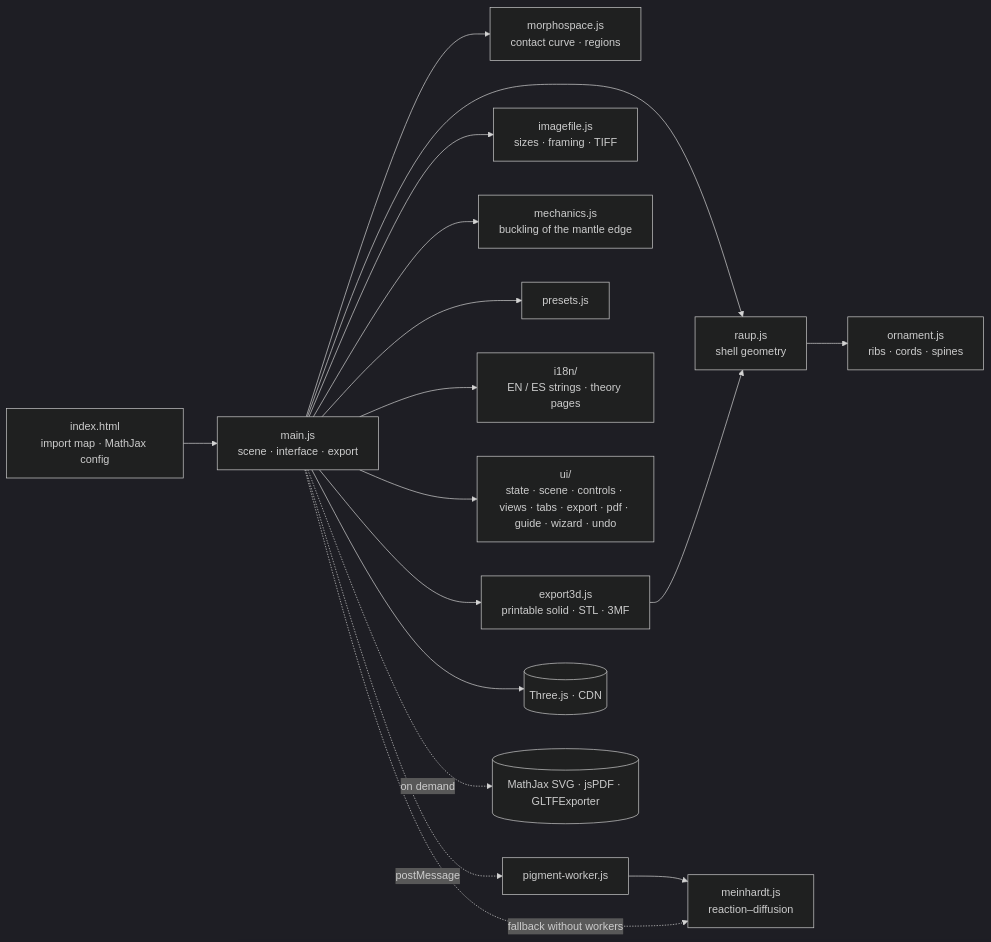
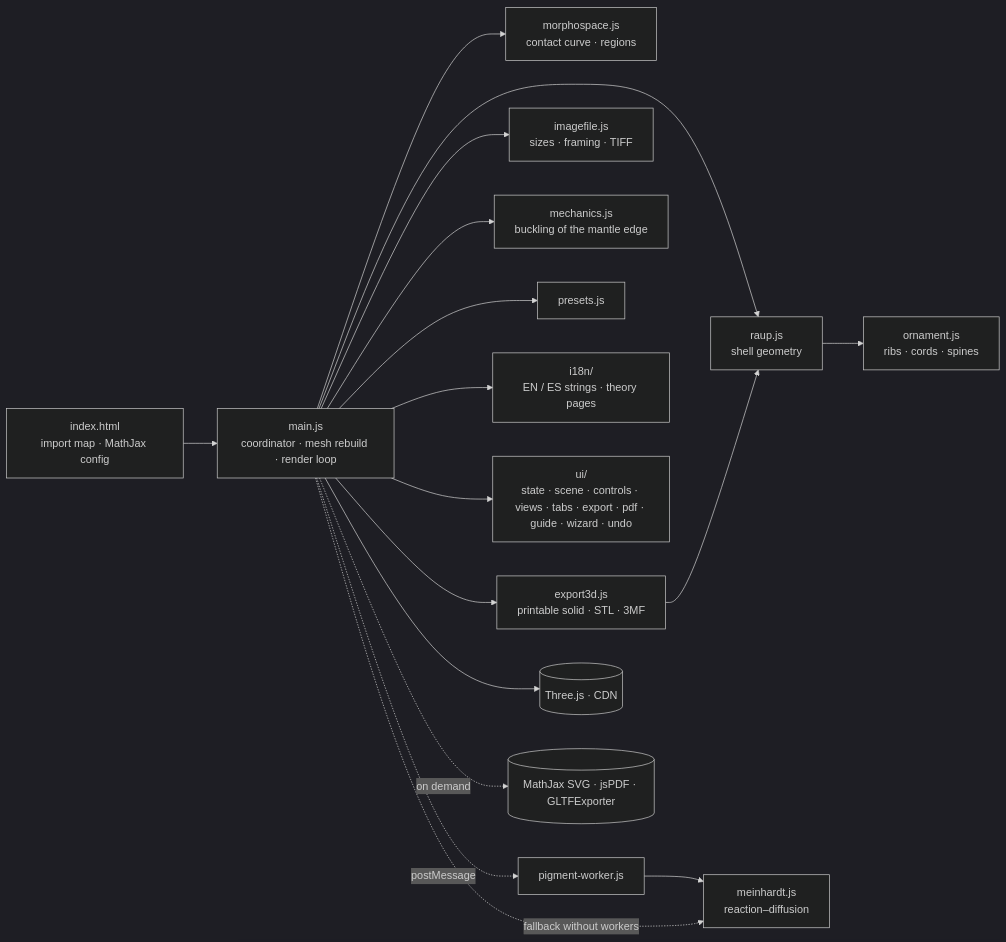
One commit to AlbertoGonzalezCasarrubios/coiling-shells changed the first of 2 diagrams in ARCHITECTURE.md. Above: the diagram before and after it, drawn with Mermaid (dark theme). The commit also changed other lines of this file and 5 other files, not shown here.

Commit message:
Enlace a la teoría en la pestaña de forma y ARCHITECTURE descrito sobre la estructura actual

````diff
--- a/ARCHITECTURE.md
+++ b/ARCHITECTURE.md
@@ -71,19 +71,19 @@
 ```mermaid
 flowchart LR
-  html["index.html<br/>import map · MathJax config"] --> main["main.js<br/>scene · interface · export"]
+  html["index.html<br/>import map · MathJax config"] --> main["main.js<br/>coordinator · mesh rebuild · render loop"]
   main --> raup["raup.js<br/>shell geometry"]
   main --> morpho["morphospace.js<br/>contact curve · regions"]
   main --> exp["export3d.js<br/>printable solid · STL · 3MF"]
   main --> img["imagefile.js<br/>sizes · framing · TIFF"]
   main --> mech["mechanics.js<br/>buckling of the mantle edge"]
   raup --> orn["ornament.js<br/>ribs · cords · spines"]
   main --> presets["presets.js"]
   main --> i18n["i18n/<br/>EN / ES strings · theory pages"]
   main --> ui["ui/<br/>state · scene · controls · views · tabs · export · pdf · guide · wizard · undo"]
   main -. "postMessage" .-> worker["pigment-worker.js"]
   worker --> mein["meinhardt.js<br/>reaction–diffusion"]
   main -. "fallback without workers" .-> mein
   exp --> raup
   main --> three[("Three.js · CDN")]
   main -. "on demand" .-> cdn[("MathJax SVG · jsPDF · GLTFExporter")]
 ```
````
